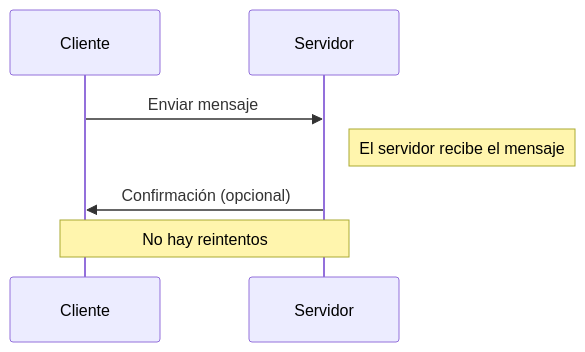
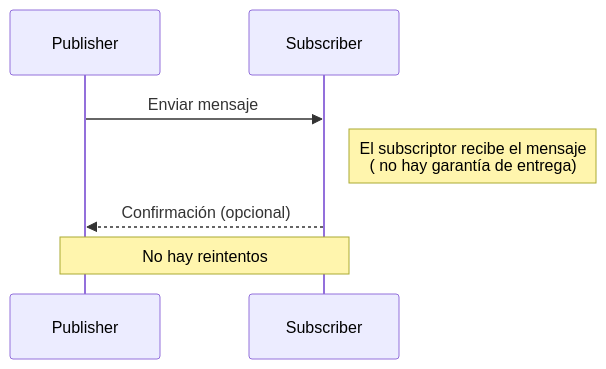
The diagram in Stack-Exchange-Redis/01-at-most-once-semantic/README.md (jmcasal/exemplo-documenum), drawn with Mermaid before and after one commit. The commit also changed 29 other files, not shown here.

````diff
--- a/Stack-Exchange-Redis/01-at-most-once-semantic/README.md
+++ b/Stack-Exchange-Redis/01-at-most-once-semantic/README.md
@@ -10,9 +10,9 @@
 ```mermaid
 sequenceDiagram
-    participant Cliente
-    participant Servidor
-    Cliente->>Servidor: Enviar mensaje
-    Note right of Servidor: El servidor recibe el mensaje
-    Servidor->>Cliente: Confirmación (opcional)
-    Note over Cliente, Servidor: No hay reintentos
+    participant Publisher
+    participant Subscriber
+    Publisher->>Subscriber: Enviar mensaje
+    Note right of Subscriber: El subscriptor recibe el mensaje <br>( no hay garantía de entrega)
+    Subscriber-->>Publisher: Confirmación (opcional)
+    Note over Subscriber, Publisher: No hay reintentos
 ```
````
